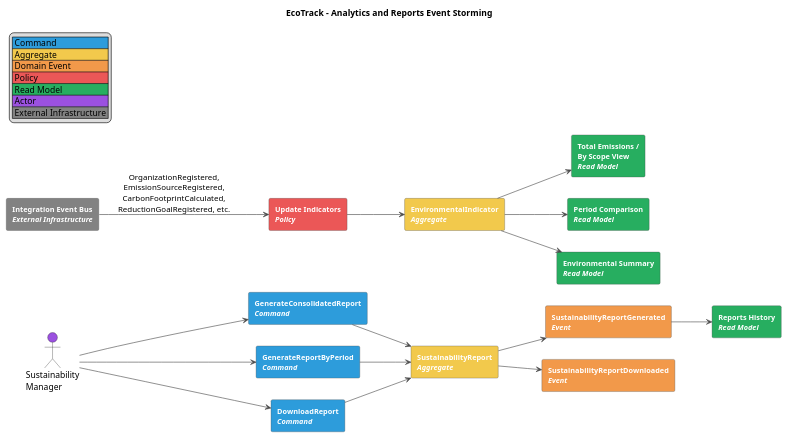
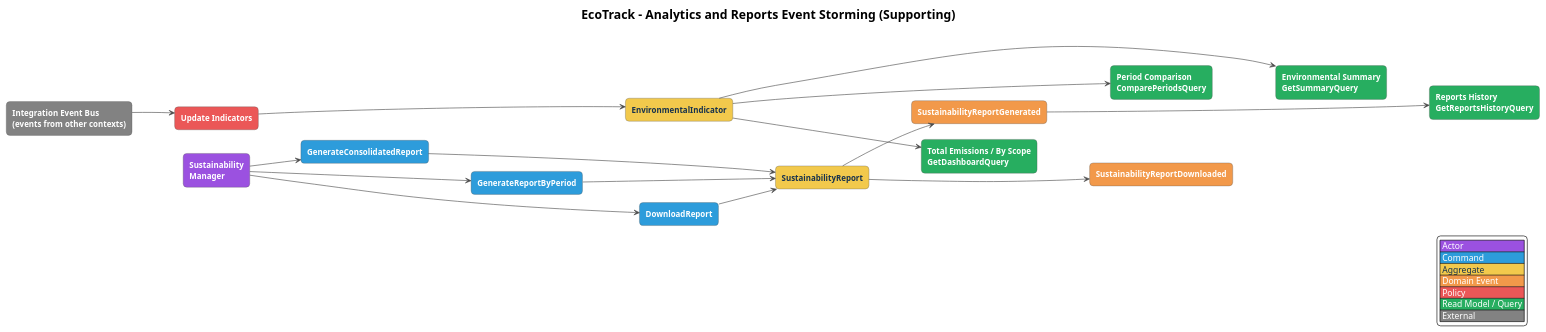
The diagram in docs/diagrams/event-storming/ecotrack-event-storming-analytics-and-reports.puml (Horizon-OpenSource/report), drawn with PlantUML before and after one commit. The commit also changed 18 other files, not shown here.

Commit message:
docs(report): improve event storming, context, container and database diagrams

```diff
--- a/docs/diagrams/event-storming/ecotrack-event-storming-analytics-and-reports.puml
+++ b/docs/diagrams/event-storming/ecotrack-event-storming-analytics-and-reports.puml
@@ -1,62 +1,96 @@
 @startuml
-title EcoTrack - Analytics and Reports Event Storming
 left to right direction
-skinparam packageStyle rectangle
 skinparam shadowing false
-skinparam defaultFontName Arial
-skinparam rectangle {
-  BorderColor #4A4A4A
-  FontColor #FFFFFF
-  FontStyle bold
-  FontSize 12
+skinparam defaultFontName Helvetica
+skinparam defaultFontSize 13
+skinparam backgroundColor white
+skinparam nodesep 25
+skinparam ranksep 70
+skinparam ArrowColor #4A4A4A
+skinparam RectangleBorderColor #555555
+skinparam RectangleFontStyle bold
+skinparam roundCorner 12
+skinparam rectangle<<ext>> {
+  BackgroundColor #828282
+  FontColor white
 }
-skinparam ArrowColor #4A4A4A
+skinparam rectangle<<rm>> {
+  BackgroundColor #27AE60
+  FontColor white
+}
+skinparam rectangle<<pol>> {
+  BackgroundColor #EB5757
+  FontColor white
+}
+skinparam rectangle<<evt>> {
+  BackgroundColor #F2994A
+  FontColor white
+}
+skinparam rectangle<<agg>> {
+  BackgroundColor #F2C94C
+  FontColor #17324D
+}
+skinparam rectangle<<cmd>> {
+  BackgroundColor #2D9CDB
+  FontColor white
+}
+skinparam rectangle<<actor>> {
+  BackgroundColor #9B51E0
+  FontColor white
+}
+skinparam titleFontSize 20
+hide stereotype
+title EcoTrack - Analytics and Reports Event Storming (Supporting)
 
-legend top left
-  |<#2D9CDB> Command |
-  |<#F2C94C> Aggregate |
-  |<#F2994A> Domain Event |
-  |<#EB5757> Policy |
-  |<#27AE60> Read Model |
-  |<#9B51E0> Actor |
-  |<#828282> External Infrastructure |
+rectangle "Integration Event Bus\n(events from other contexts)" as x <<ext>>
+rectangle "Update Indicators" as p <<pol>>
+rectangle "EnvironmentalIndicator" as g1 <<agg>>
+rectangle "Total Emissions / By Scope\nGetDashboardQuery" as r1 <<rm>>
+rectangle "Period Comparison\nComparePeriodsQuery" as r2 <<rm>>
+rectangle "Environmental Summary\nGetSummaryQuery" as r3 <<rm>>
+rectangle "Sustainability\nManager" as a <<actor>>
+rectangle "GenerateConsolidatedReport" as c1 <<cmd>>
+rectangle "GenerateReportByPeriod" as c2 <<cmd>>
+rectangle "DownloadReport" as c3 <<cmd>>
+rectangle "SustainabilityReport" as g2 <<agg>>
+rectangle "SustainabilityReportGenerated" as e1 <<evt>>
+rectangle "SustainabilityReportDownloaded" as e2 <<evt>>
+rectangle "Reports History\nGetReportsHistoryQuery" as r4 <<rm>>
+
+x --> p
+p --> g1
+g1 --> r1
+g1 --> r2
+g1 --> r3
+a --> c1
+a --> c2
+a --> c3
+c1 --> g2
+c2 --> g2
+c3 --> g2
+g2 --> e1
+g2 --> e2
+e1 --> r4
+x -[hidden]down-> a
+p -[hidden]down-> c1
+c1 -[hidden]down-> c2
+c2 -[hidden]down-> c3
+g1 -[hidden]down-> g2
+r1 -[hidden]down-> r2
+r2 -[hidden]down-> r3
+r3 -[hidden]down-> r4
+e1 -[hidden]down-> e2
+x -[hidden]right-> p
+p -[hidden]right-> g1
+g1 -[hidden]right-> e1
+e1 -[hidden]right-> r1
+legend right
+  |<#9B51E0><color:white> Actor </color>|
+  |<#2D9CDB><color:white> Command </color>|
+  |<#F2C94C><color:#17324D> Aggregate </color>|
+  |<#F2994A><color:white> Domain Event </color>|
+  |<#EB5757><color:white> Policy </color>|
+  |<#27AE60><color:white> Read Model / Query </color>|
+  |<#828282><color:white> External </color>|
 endlegend
-
-actor "Sustainability\nManager" as Manager #9B51E0
-rectangle "Integration Event Bus\n<i>External Infrastructure</i>" as EventBus #828282
-
-rectangle "Update Indicators\n<i>Policy</i>" as PolicyUpdate #EB5757
-rectangle "EnvironmentalIndicator\n<i>Aggregate</i>" as AggIndicator #F2C94C
-
-rectangle "GenerateConsolidatedReport\n<i>Command</i>" as CmdConsolidated #2D9CDB
-rectangle "SustainabilityReport\n<i>Aggregate</i>" as AggReport #F2C94C
-rectangle "SustainabilityReportGenerated\n<i>Event</i>" as EvtReport #F2994A
-
-rectangle "GenerateReportByPeriod\n<i>Command</i>" as CmdPeriod #2D9CDB
-
-rectangle "DownloadReport\n<i>Command</i>" as CmdDownload #2D9CDB
-rectangle "SustainabilityReportDownloaded\n<i>Event</i>" as EvtDownload #F2994A
-
-rectangle "Total Emissions /\nBy Scope View\n<i>Read Model</i>" as RmTotals #27AE60
-rectangle "Period Comparison\n<i>Read Model</i>" as RmCompare #27AE60
-rectangle "Environmental Summary\n<i>Read Model</i>" as RmSummary #27AE60
-rectangle "Reports History\n<i>Read Model</i>" as RmHistory #27AE60
-
-EventBus --> PolicyUpdate : OrganizationRegistered,\nEmissionSourceRegistered,\nCarbonFootprintCalculated,\nReductionGoalRegistered, etc.
-PolicyUpdate --> AggIndicator
-AggIndicator --> RmTotals
-AggIndicator --> RmCompare
-AggIndicator --> RmSummary
-
-Manager --> CmdConsolidated
-Manager --> CmdPeriod
-CmdConsolidated --> AggReport
-CmdPeriod --> AggReport
-AggReport --> EvtReport
-EvtReport --> RmHistory
-
-Manager --> CmdDownload
-CmdDownload --> AggReport
-AggReport --> EvtDownload
-
 @enduml
```
